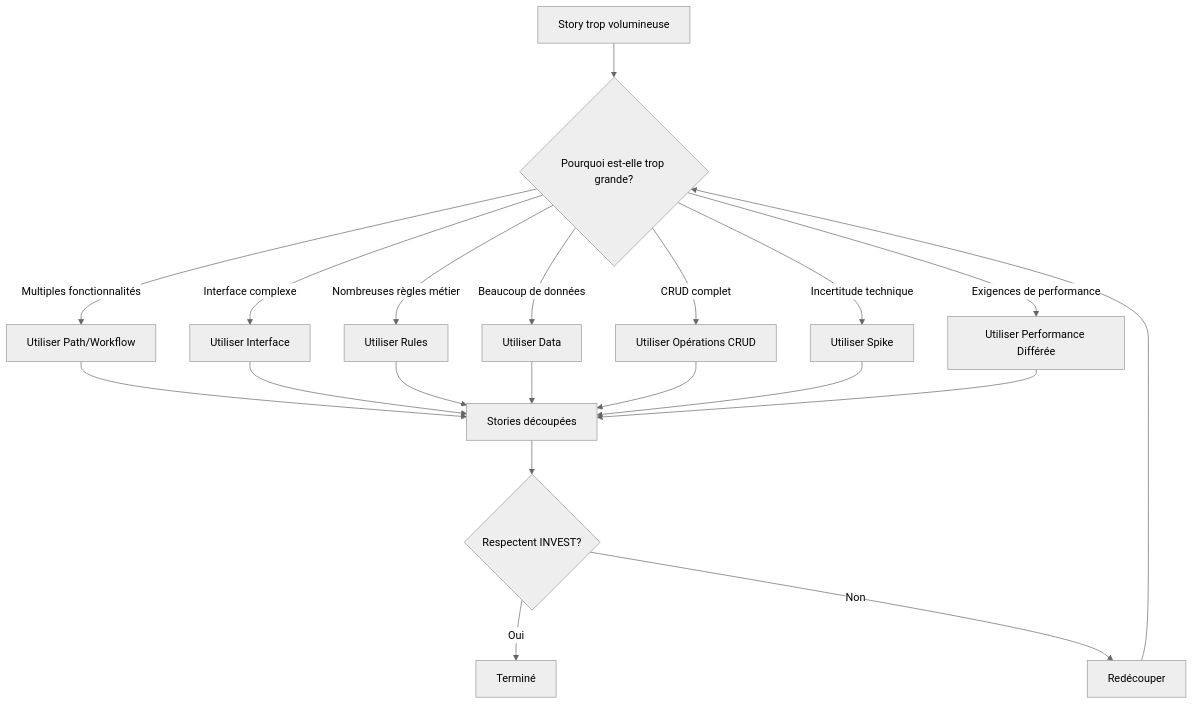
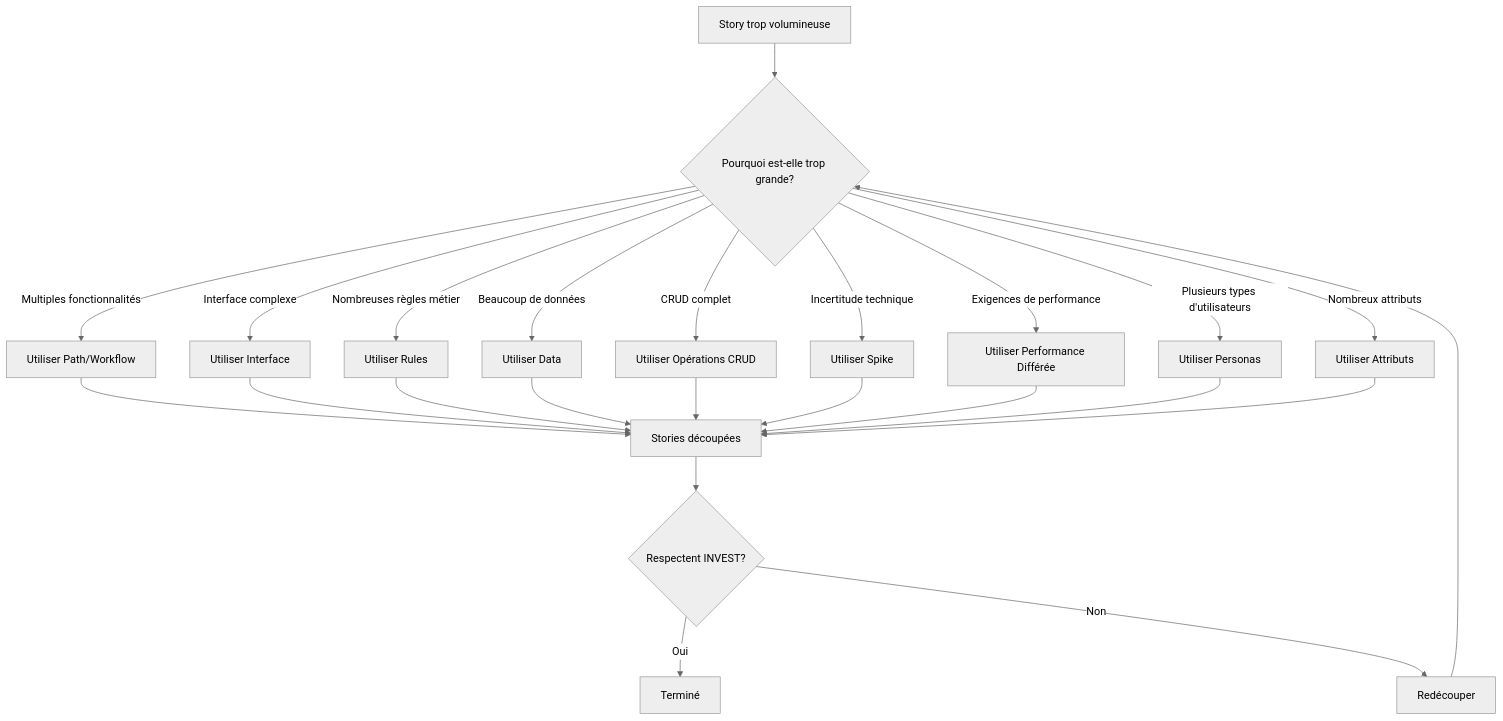
One commit to giak/cursor-auto-rules-agile-workflow changed the diagram in .cursor/rules/904-story-splitting-standardized.mdc. Above: the diagram before and after it, drawn with Mermaid (neutral theme). The commit also changed other lines of this file and 9 other files, not shown here.

````diff
--- a/.cursor/rules/904-story-splitting-standardized.mdc
+++ b/.cursor/rules/904-story-splitting-standardized.mdc
@@ -178,22 +278,26 @@
 ```mermaid
 graph TD
     A[Story trop volumineuse] --> B{Pourquoi est-elle trop grande?}
     B -->|Multiples fonctionnalités| C[Utiliser Path/Workflow]
     B -->|Interface complexe| D[Utiliser Interface]
     B -->|Nombreuses règles métier| E[Utiliser Rules]
     B -->|Beaucoup de données| F[Utiliser Data]
     B -->|CRUD complet| G[Utiliser Opérations CRUD]
     B -->|Incertitude technique| H[Utiliser Spike]
     B -->|Exigences de performance| I[Utiliser Performance Différée]
-    C --> J[Stories découpées]
-    D --> J
-    E --> J
-    F --> J
-    G --> J
-    H --> J
-    I --> J
-    J --> K{Respectent INVEST?}
-    K -->|Oui| L[Terminé]
-    K -->|Non| M[Redécouper]
-    M --> B
+    B -->|Plusieurs types d'utilisateurs| J[Utiliser Personas]
+    B -->|Nombreux attributs| K[Utiliser Attributs]
+    C --> L[Stories découpées]
+    D --> L
+    E --> L
+    F --> L
+    G --> L
+    H --> L
+    I --> L
+    J --> L
+    K --> L
+    L --> M{Respectent INVEST?}
+    M -->|Oui| N[Terminé]
+    M -->|Non| O[Redécouper]
+    O --> B
 ```
````
